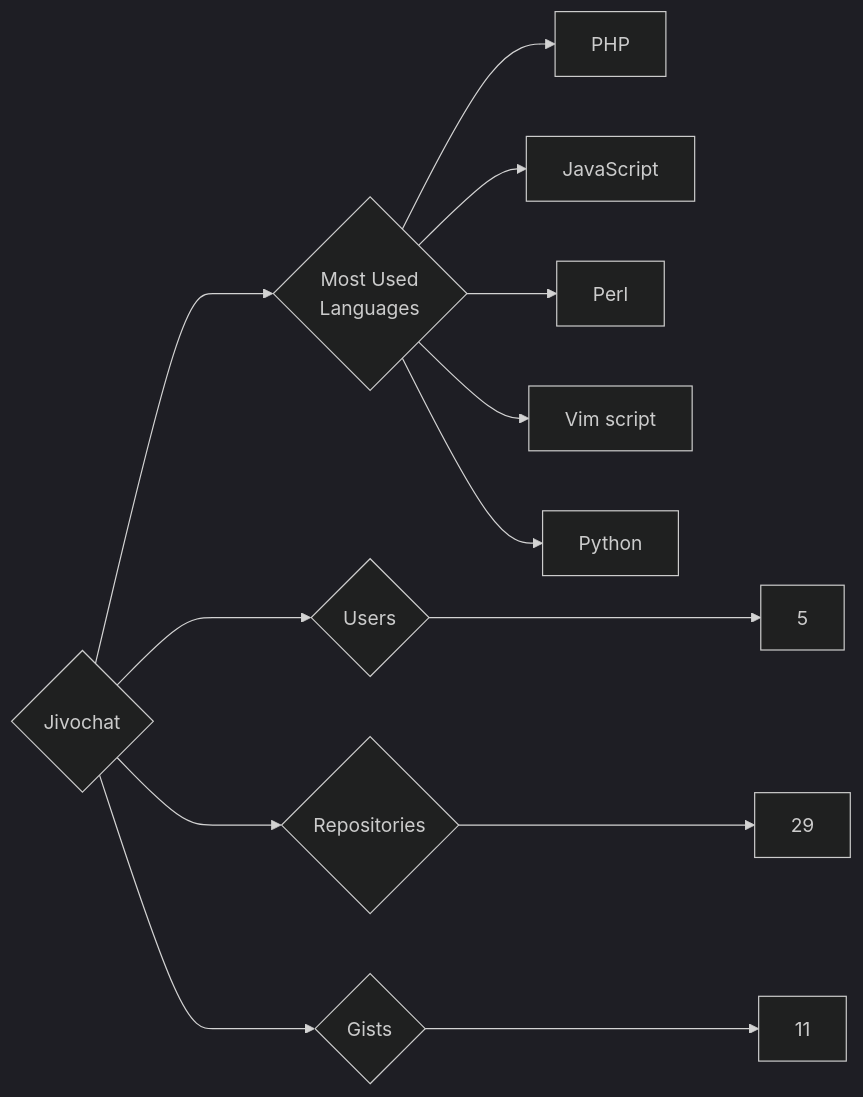
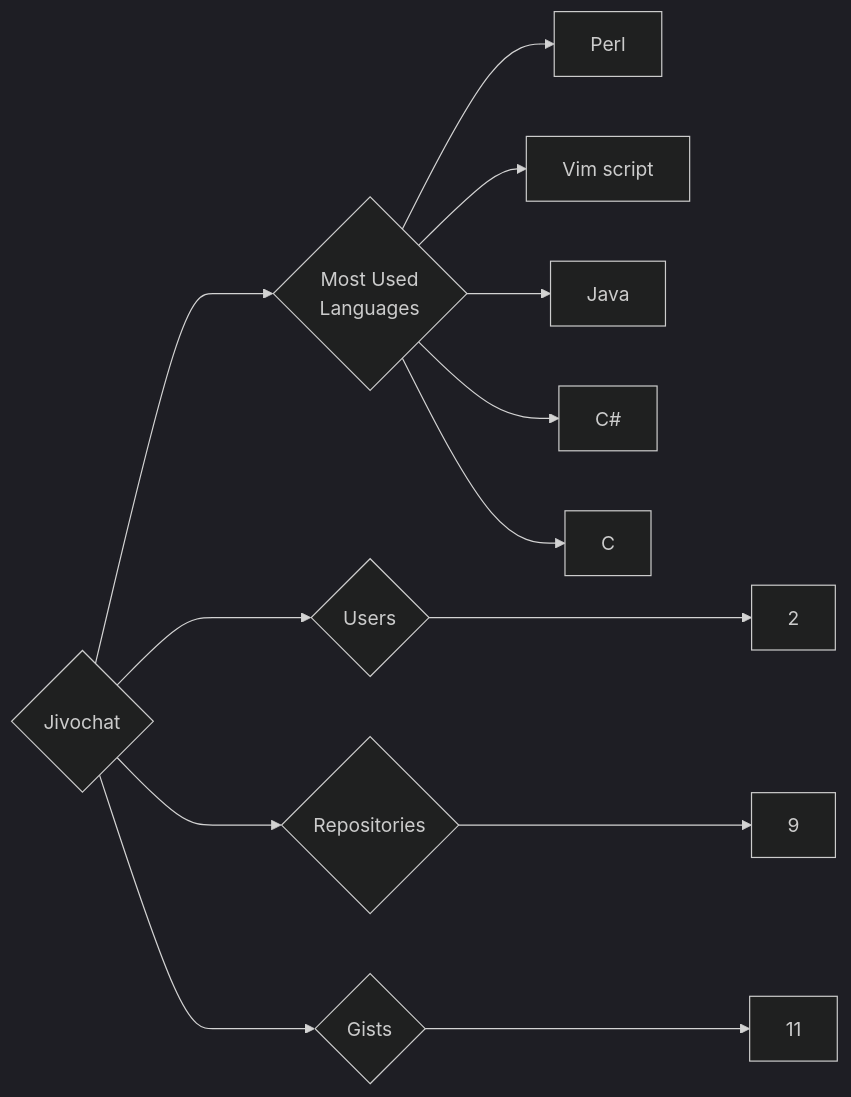
Before and after one commit to trickest/insiders: the diagram in targets/Jivochat/README.md, drawn with Mermaid (dark theme). The commit also changed 899 other files, not shown here.

````diff
--- a/targets/Jivochat/README.md
+++ b/targets/Jivochat/README.md
@@ -3,13 +3,13 @@
 ```mermaid
 graph LR
 COMPANY_NAME{Jivochat}
-COMPANY_NAME ---> U{Users} ---> UN[5]
-COMPANY_NAME ---> R{Repositories} ---> RN[29]
+COMPANY_NAME ---> U{Users} ---> UN[2]
+COMPANY_NAME ---> R{Repositories} ---> RN[9]
 COMPANY_NAME ---> G{Gists} ---> GN[11]
 COMPANY_NAME ---> ML{Most Used<br>Languages}
-ML --> PHP[PHP]
-ML --> JavaScript[JavaScript]
 ML --> Perl[Perl]
 ML --> Vim_script[Vim script]
-ML --> Python[Python]
+ML --> Java[Java]
+ML --> C#[C#]
+ML --> C[C]
 ```
````
